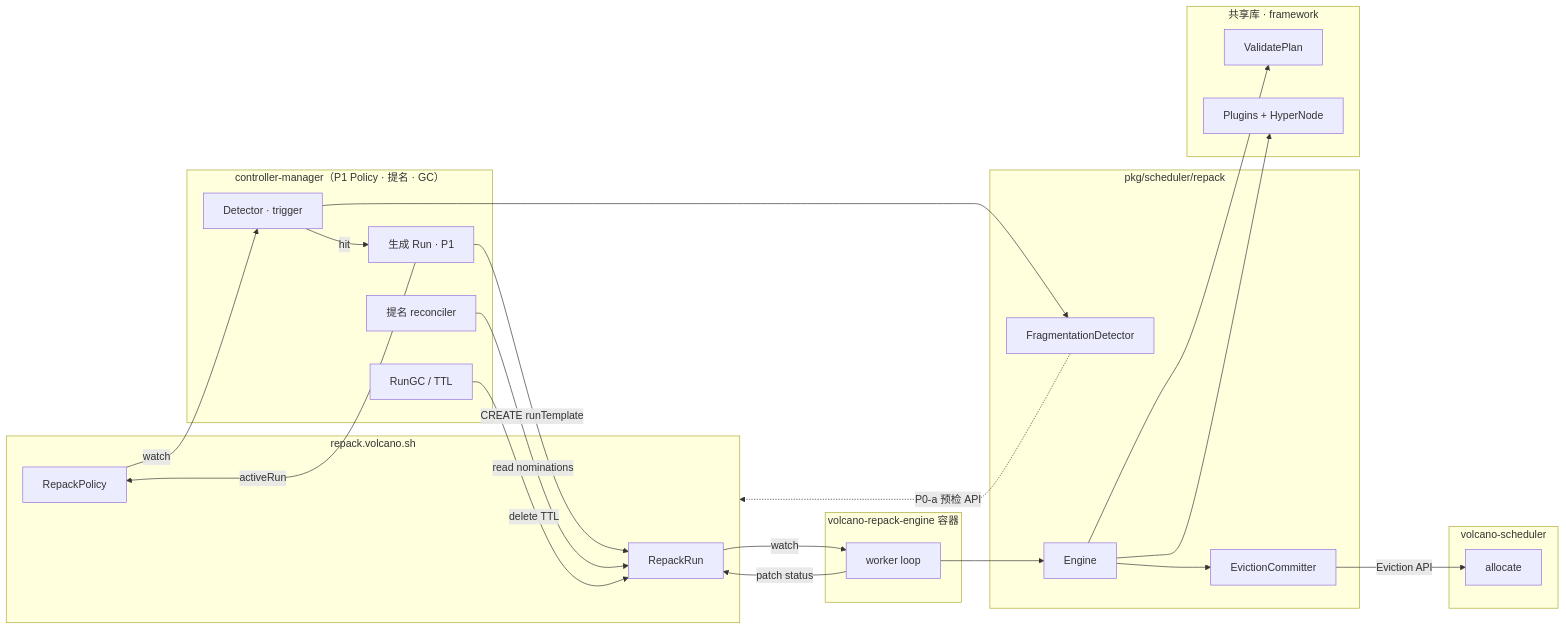
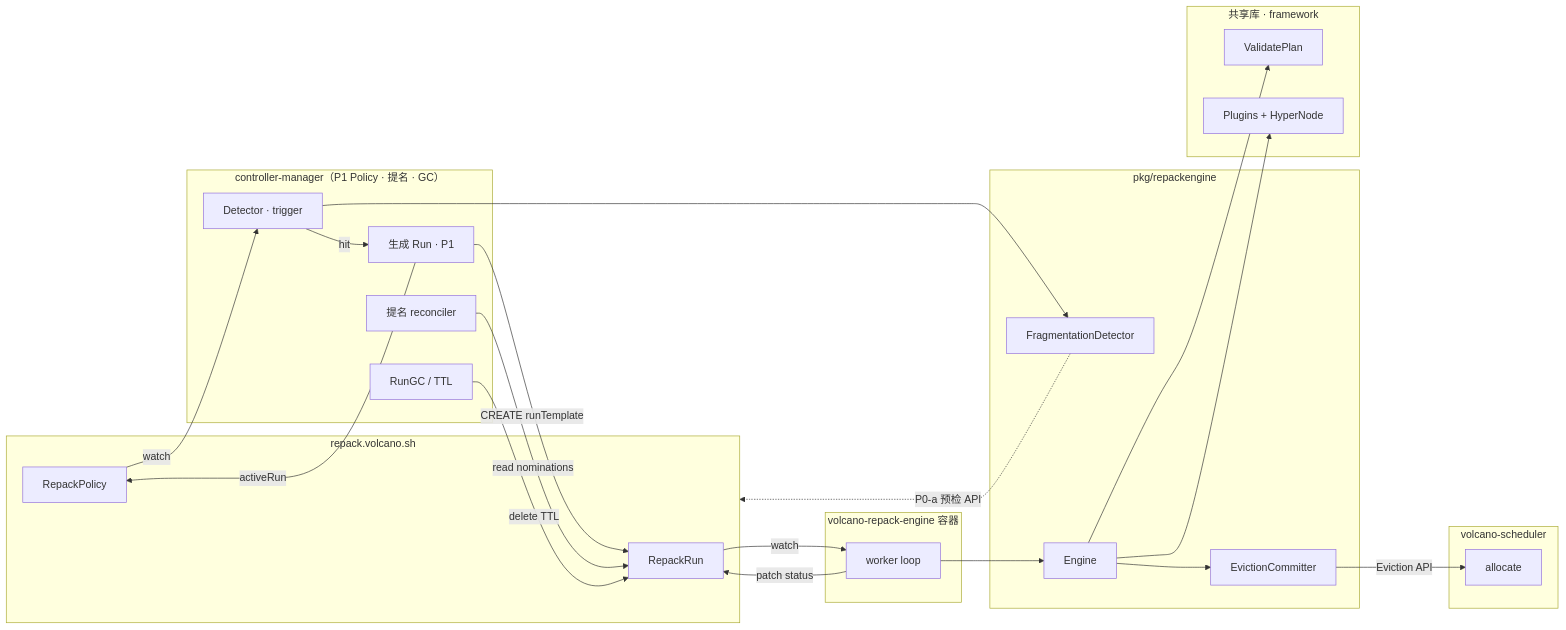
One commit to wangyang0616/volcano changed diagram 17 of 21 in docs/design/repack-policy-design.md. Above: the diagram before and after it, drawn with Mermaid. The commit also changed other lines of this file and 16 other files, not shown here.

````diff
--- a/docs/design/repack-policy-design.md
+++ b/docs/design/repack-policy-design.md
@@ -2718,51 +2719,51 @@
 ```mermaid
 flowchart LR
     subgraph CRD["repack.volcano.sh"]
         RP[RepackPolicy]
         RR[RepackRun]
     end
 
     subgraph CM["controller-manager（P1 Policy · 提名 · GC）"]
         DET[Detector · trigger]
         GEN[生成 Run · P1]
         NOM[提名 reconciler]
         GC[RunGC / TTL]
     end
 
-    subgraph LIB["pkg/scheduler/repack"]
+    subgraph LIB["pkg/repackengine"]
         FD[FragmentationDetector]
         ENG[Engine]
         EVC[EvictionCommitter]
         ENG --> EVC
     end
 
     subgraph VR["volcano-repack-engine 容器"]
         LOOP[worker loop]
     end
 
     subgraph VS["volcano-scheduler"]
         ALLOC[allocate]
     end
 
     subgraph BASE["共享库 · framework"]
         SIM[ValidatePlan]
         PLG[Plugins + HyperNode]
     end
 
     RP -->|watch| DET
     DET --> FD
     DET -->|hit| GEN
     GEN -->|CREATE runTemplate| RR
     GEN -->|activeRun| RP
     NOM -->|read nominations| RR
     GC -->|delete TTL| RR
 
     RR -->|watch| LOOP
     LOOP --> ENG
     ENG --> SIM
     ENG --> PLG
     EVC -->|Eviction API| ALLOC
     LOOP -->|patch status| RR
 
     FD -.->|P0-a 预检 API| CRD
 ```
````
